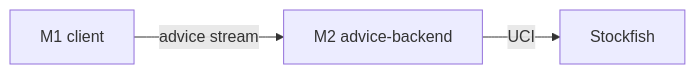
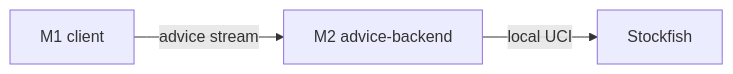
The diagram in specs/technical/modules.md (waigore/simplechessv2), drawn with Mermaid before and after one commit. The commit also changed other lines of this file and 8 other files, not shown here.

````diff
--- a/specs/technical/modules.md
+++ b/specs/technical/modules.md
@@ -27,8 +27,8 @@
 ```mermaid
 flowchart LR
   M1[M1 client]
   M2[M2 advice-backend]
   SF[Stockfish]
   M1 -->|advice stream| M2
-  M2 -->|UCI| SF
+  M2 -->|local UCI| SF
 ```
````
